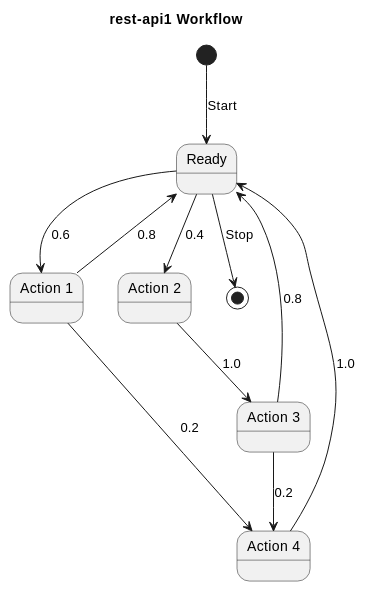
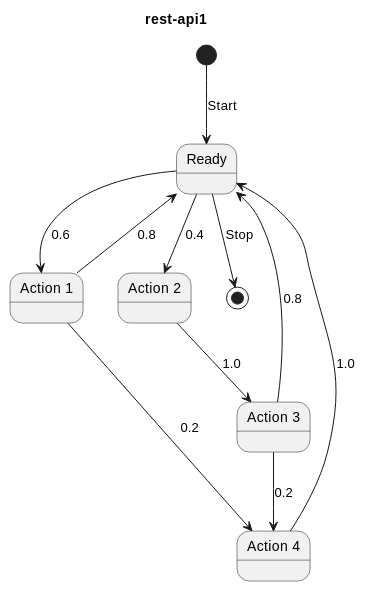
One commit to wfouche/Tulip changed the first of 4 diagrams in doc/presentation/presentation.adoc. Above: the diagram before and after it, drawn with PlantUML. The commit also changed other lines of this file and 1 other file, not shown here.

Commit message:
Removed "Workflow" from diagram title

```diff
--- a/doc/presentation/presentation.adoc
+++ b/doc/presentation/presentation.adoc
@@ -265,25 +265,25 @@
 [plantuml,diag03,svg]
 ....
 @startuml
 
-title rest-api1 Workflow
+title rest-api1
 
     state "Ready" as IP
     state "Action 1" as A0
     state "Action 2" as A1
     state "Action 3" as TST
     state "Action 4" as D
 
     [*] --> IP: Start
     IP --> A0: 0.6
     A0 --> IP: 0.8
     A0 --> D: 0.2
     IP --> A1: 0.4
     A1 --> TST: 1.0
     TST --> IP: 0.8
     TST --> D: 0.2
     D --> IP: 1.0
     IP --> [*]: Stop
 
 @enduml
 ....
```
